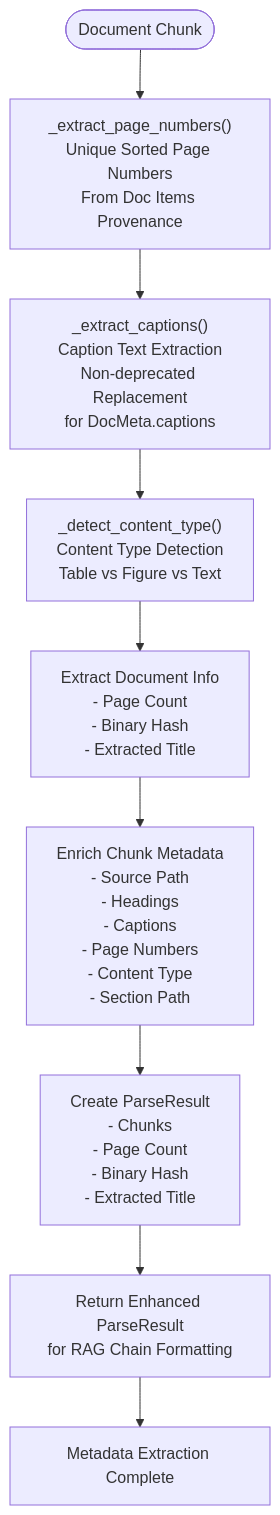
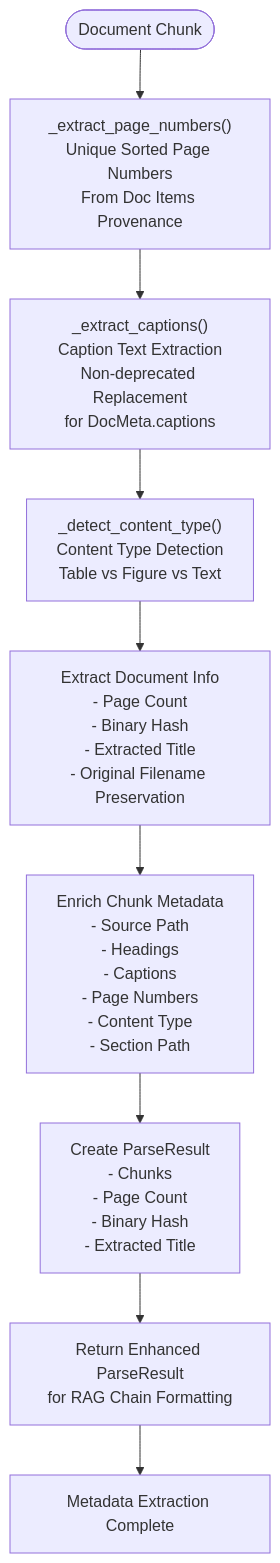
One commit to ognelis/cafetera_hr_bot changed the fifth of 14 diagrams in .qoder/repowiki/en/content/RAG Integration/RAG Parser Enhancement.md. Above: the diagram before and after it, drawn with Mermaid. The commit also changed other lines of this file and 9 other files, not shown here.

````diff
--- a/.qoder/repowiki/en/content/RAG Integration/RAG Parser Enhancement.md
+++ b/.qoder/repowiki/en/content/RAG Integration/RAG Parser Enhancement.md
@@ -326,11 +363,11 @@
 ```mermaid
 flowchart TD
 Start(["Document Chunk"]) --> ExtractPageNumbers["_extract_page_numbers()<br/>Unique Sorted Page Numbers<br/>From Doc Items Provenance"]
 ExtractPageNumbers --> ExtractCaptions["_extract_captions()<br/>Caption Text Extraction<br/>Non-deprecated Replacement<br/>for DocMeta.captions"]
 ExtractCaptions --> DetectContentType["_detect_content_type()<br/>Content Type Detection<br/>Table vs Figure vs Text"]
-DetectContentType --> ExtractDocumentInfo["Extract Document Info<br/>- Page Count<br/>- Binary Hash<br/>- Extracted Title"]
+DetectContentType --> ExtractDocumentInfo["Extract Document Info<br/>- Page Count<br/>- Binary Hash<br/>- Extracted Title<br/>- Original Filename Preservation"]
 ExtractDocumentInfo --> EnrichMetadata["Enrich Chunk Metadata<br/>- Source Path<br/>- Headings<br/>- Captions<br/>- Page Numbers<br/>- Content Type<br/>- Section Path"]
 EnrichMetadata --> CreateParseResult["Create ParseResult<br/>- Chunks<br/>- Page Count<br/>- Binary Hash<br/>- Extracted Title"]
 CreateParseResult --> ReturnParseResult["Return Enhanced ParseResult<br/>for RAG Chain Formatting"]
 ReturnParseResult --> Complete["Metadata Extraction Complete"]
 ```
````
